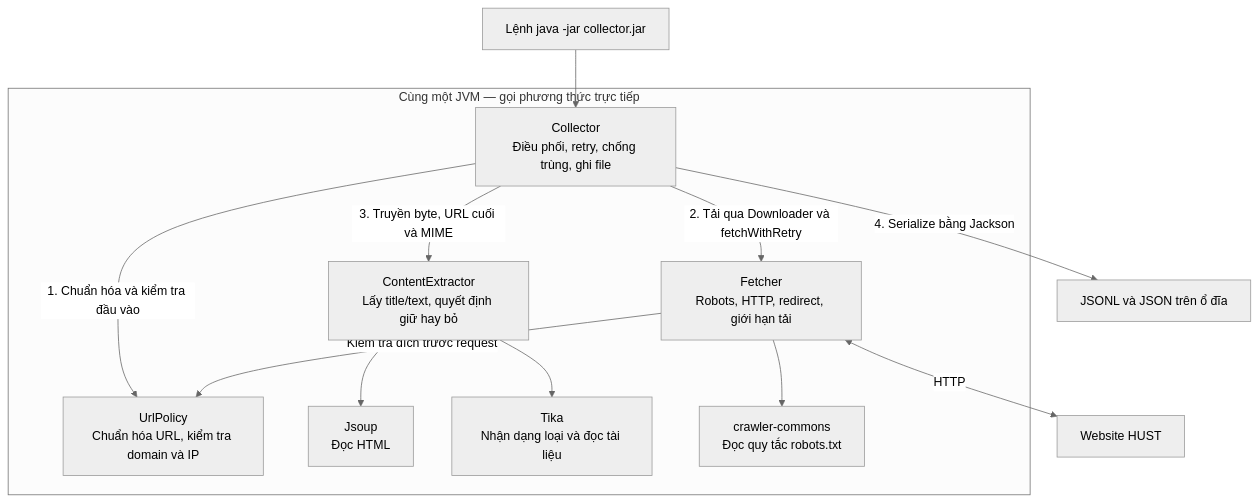
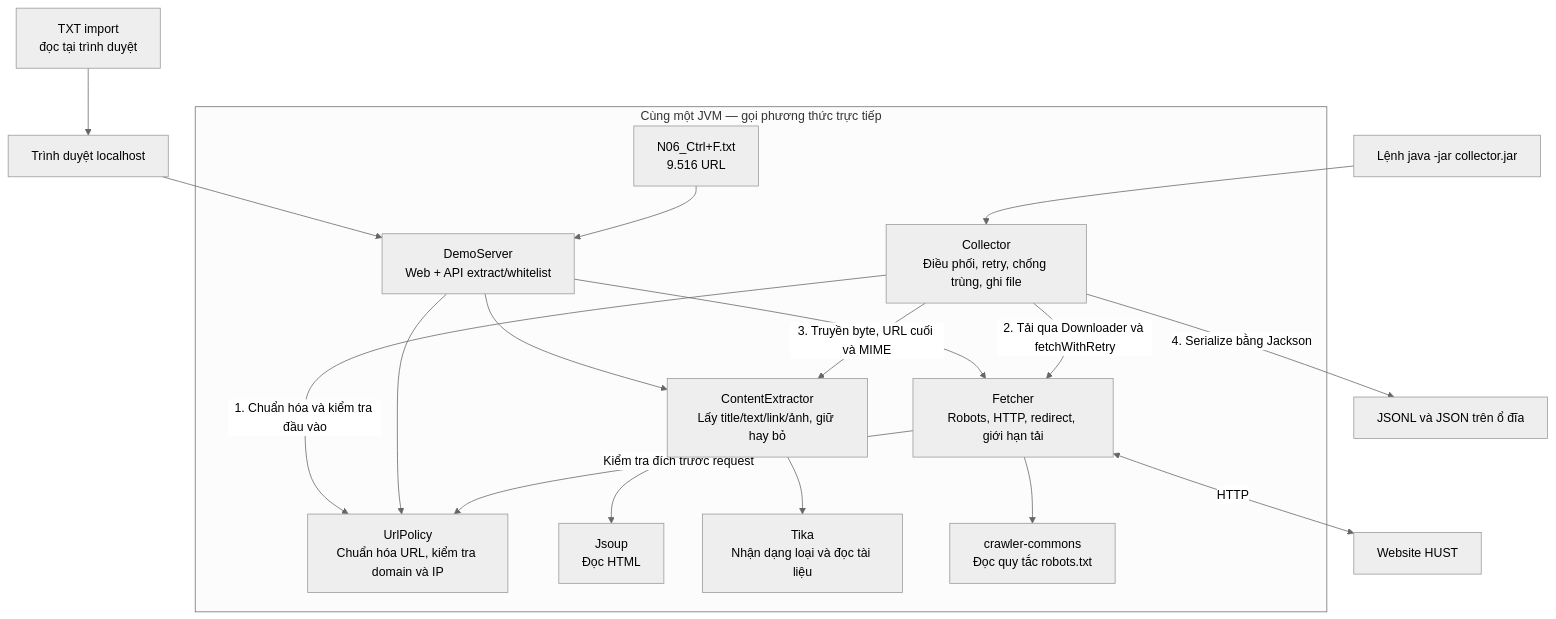
One commit to dungx48/it4863-content-collector changed the second of 7 diagrams in docs/design-diagrams.md. Above: the diagram before and after it, drawn with Mermaid (neutral theme). The commit also changed other lines of this file and 19 other files, not shown here.

Commit message:
Add demo UI, whitelist suggestions, and complete documentation

````diff
--- a/docs/design-diagrams.md
+++ b/docs/design-diagrams.md
@@ -32,19 +33,27 @@
 ```mermaid
 flowchart TB
     CLI["Lệnh java -jar collector.jar"] --> C
+    Browser["Trình duyệt localhost"] --> D
+    TextFile["TXT import<br/>đọc tại trình duyệt"] --> Browser
     subgraph JVM["Cùng một JVM — gọi phương thức trực tiếp"]
         C["Collector<br/>Điều phối, retry, chống trùng, ghi file"]
+        D["DemoServer<br/>Web + API extract/whitelist"]
+        W["N06_Ctrl+F.txt<br/>9.516 URL"]
         P["UrlPolicy<br/>Chuẩn hóa URL, kiểm tra domain và IP"]
         F["Fetcher<br/>Robots, HTTP, redirect, giới hạn tải"]
-        E["ContentExtractor<br/>Lấy title/text, quyết định giữ hay bỏ"]
+        E["ContentExtractor<br/>Lấy title/text/link/ảnh, giữ hay bỏ"]
         C -->|"1. Chuẩn hóa và kiểm tra đầu vào"| P
+        D --> P
+        D --> F
+        D --> E
+        W --> D
         C -->|"2. Tải qua Downloader và fetchWithRetry"| F
         F -->|"Kiểm tra đích trước request"| P
         C -->|"3. Truyền byte, URL cuối và MIME"| E
         E --> J["Jsoup<br/>Đọc HTML"]
         E --> T["Tika<br/>Nhận dạng loại và đọc tài liệu"]
         F --> R["crawler-commons<br/>Đọc quy tắc robots.txt"]
     end
     F <-->|"HTTP"| Web["Website HUST"]
     C -->|"4. Serialize bằng Jackson"| Files["JSONL và JSON trên ổ đĩa"]
 ```
````
